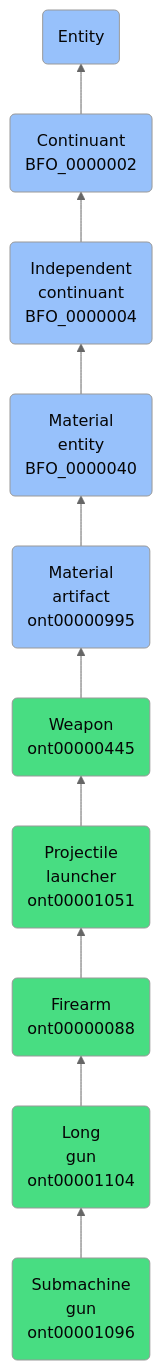
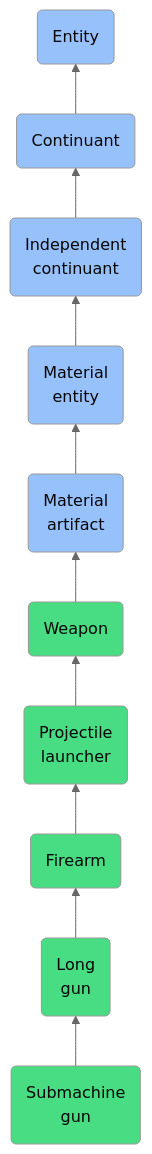
Before and after one commit to jupyter-naas/abi: the diagram in docs/ontology/reference/model/Entity/Continuant/Independent continuant/Material entity/Material artifact/Weapon/Projectile launcher/Firearm/Long gun/Submachine gun/Submachine gun.md, drawn with Mermaid (neutral theme). The commit also changed other lines of this file and 1430 other files, not shown here.

````diff
--- a/docs/ontology/reference/model/Entity/Continuant/Independent continuant/Material entity/Material artifact/Weapon/Projectile launcher/Firearm/Long gun/Submachine gun/Submachine gun.md
+++ b/docs/ontology/reference/model/Entity/Continuant/Independent continuant/Material entity/Material artifact/Weapon/Projectile launcher/Firearm/Long gun/Submachine gun/Submachine gun.md
@@ -24,17 +24,17 @@
 ```mermaid
 graph BT
-    ont00001096(Submachine<br>gun<br>ont00001096):::ABI-->ont00001104
-    ont00001104(Long<br>gun<br>ont00001104):::ABI-->ont00000088
-    ont00000088(Firearm<br>ont00000088):::ABI-->ont00001051
-    ont00001051(Projectile<br>launcher<br>ont00001051):::ABI-->ont00000445
-    ont00000445(Weapon<br>ont00000445):::ABI-->ont00000995
-    ont00000995(Material<br>artifact<br>ont00000995):::BFO-->BFO_0000040
-    BFO_0000040(Material<br>entity<br>BFO_0000040):::BFO-->BFO_0000004
-    BFO_0000004(Independent<br>continuant<br>BFO_0000004):::BFO-->BFO_0000002
-    BFO_0000002(Continuant<br>BFO_0000002):::BFO-->BFO_0000001
+    ont00001096(Submachine<br>gun):::ABI-->ont00001104
+    ont00001104(Long<br>gun):::ABI-->ont00000088
+    ont00000088(Firearm):::ABI-->ont00001051
+    ont00001051(Projectile<br>launcher):::ABI-->ont00000445
+    ont00000445(Weapon):::ABI-->ont00000995
+    ont00000995(Material<br>artifact):::BFO-->BFO_0000040
+    BFO_0000040(Material<br>entity):::BFO-->BFO_0000004
+    BFO_0000004(Independent<br>continuant):::BFO-->BFO_0000002
+    BFO_0000002(Continuant):::BFO-->BFO_0000001
     BFO_0000001(Entity):::BFO
     
     classDef BFO fill:#97c1fb,color:#060606
     classDef CCO fill:#e4c51e,color:#060606
     classDef ABI fill:#48DD82,color:#060606
 ```
````
